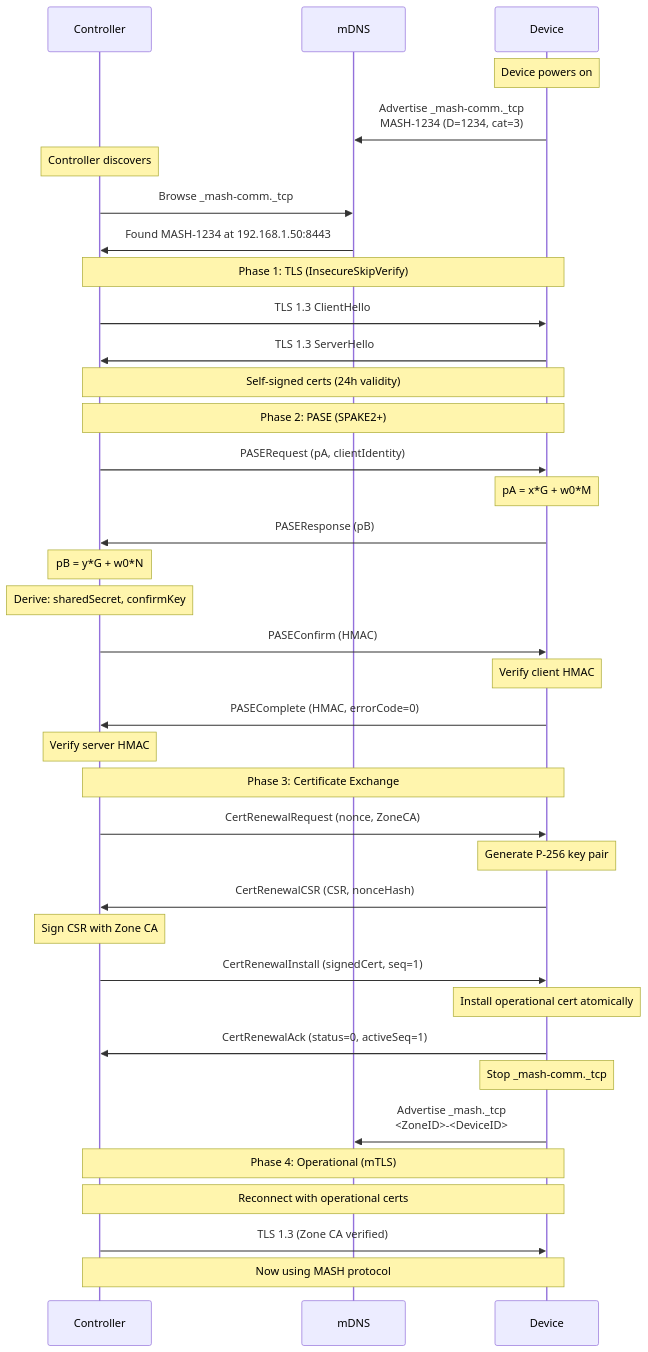
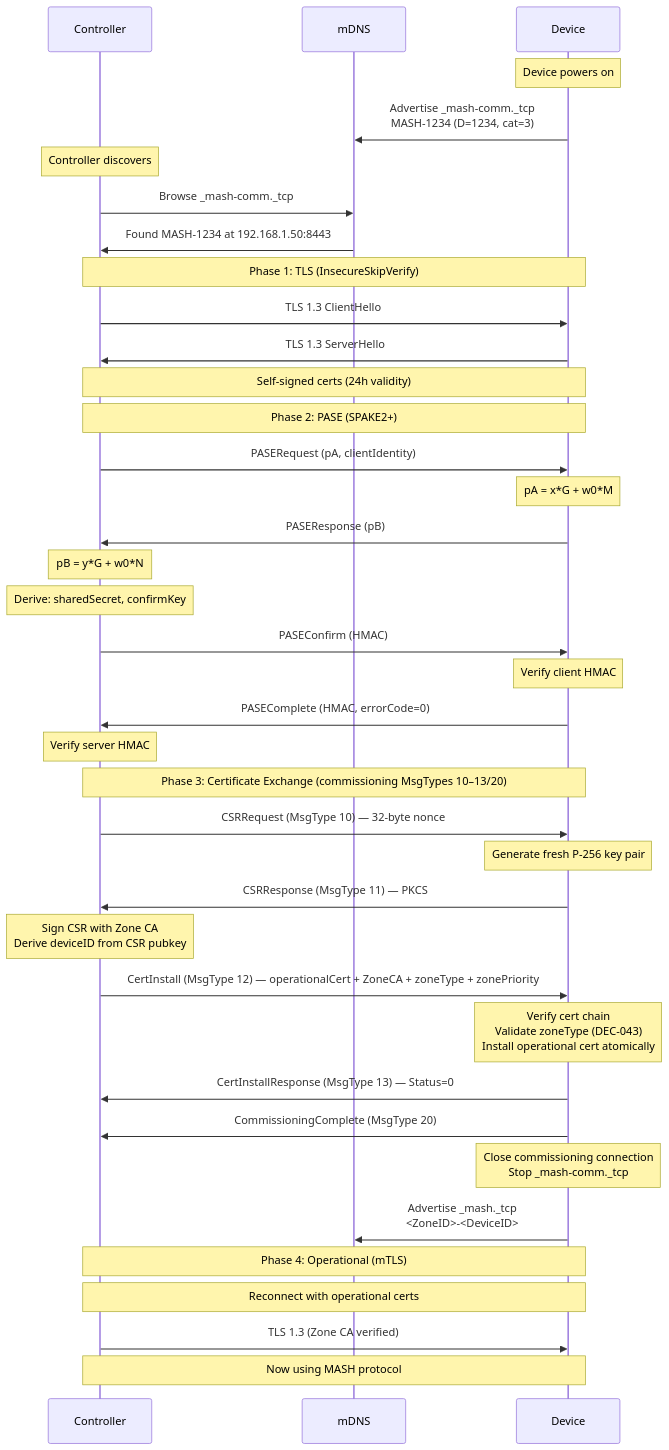
One commit to teamgreis/mash changed the tenth of 27 diagrams in docs/stack-architecture.md. Above: the diagram before and after it, drawn with Mermaid. The commit also changed 5 other files, not shown here.

First line of the commit message:
DEC-085: split commissioning cert install from renewal envelope

````diff
--- a/docs/stack-architecture.md
+++ b/docs/stack-architecture.md
@@ -672,46 +672,47 @@
 ```mermaid
 sequenceDiagram
     participant C as Controller
     participant DNS as mDNS
     participant D as Device
 
     Note over D: Device powers on
     D->>DNS: Advertise _mash-comm._tcp<br/>MASH-1234 (D=1234, cat=3)
 
     Note over C: Controller discovers
     C->>DNS: Browse _mash-comm._tcp
     DNS->>C: Found MASH-1234 at 192.168.1.50:8443
 
     Note over C,D: Phase 1: TLS (InsecureSkipVerify)
     C->>D: TLS 1.3 ClientHello
     D->>C: TLS 1.3 ServerHello
     Note over C,D: Self-signed certs (24h validity)
 
     Note over C,D: Phase 2: PASE (SPAKE2+)
     C->>D: PASERequest (pA, clientIdentity)
     Note over D: pA = x*G + w0*M
     D->>C: PASEResponse (pB)
     Note over C: pB = y*G + w0*N
     Note over C: Derive: sharedSecret, confirmKey
     C->>D: PASEConfirm (HMAC)
     Note over D: Verify client HMAC
     D->>C: PASEComplete (HMAC, errorCode=0)
     Note over C: Verify server HMAC
 
-    Note over C,D: Phase 3: Certificate Exchange
-    C->>D: CertRenewalRequest (nonce, ZoneCA)
-    Note over D: Generate P-256 key pair
-    D->>C: CertRenewalCSR (CSR, nonceHash)
-    Note over C: Sign CSR with Zone CA
-    C->>D: CertRenewalInstall (signedCert, seq=1)
-    Note over D: Install operational cert atomically
-    D->>C: CertRenewalAck (status=0, activeSeq=1)
+    Note over C,D: Phase 3: Certificate Exchange (commissioning MsgTypes 10–13/20)
+    C->>D: CSRRequest (MsgType 10) — 32-byte nonce
+    Note over D: Generate fresh P-256 key pair
+    D->>C: CSRResponse (MsgType 11) — PKCS#10 CSR
+    Note over C: Sign CSR with Zone CA<br/>Derive deviceID from CSR pubkey
+    C->>D: CertInstall (MsgType 12) — operationalCert + ZoneCA + zoneType + zonePriority
+    Note over D: Verify cert chain<br/>Validate zoneType (DEC-043)<br/>Install operational cert atomically
+    D->>C: CertInstallResponse (MsgType 13) — Status=0
+    D->>C: CommissioningComplete (MsgType 20)
 
-    Note over D: Stop _mash-comm._tcp
+    Note over D: Close commissioning connection<br/>Stop _mash-comm._tcp
     D->>DNS: Advertise _mash._tcp<br/><ZoneID>-<DeviceID>
 
     Note over C,D: Phase 4: Operational (mTLS)
     Note over C,D: Reconnect with operational certs
     C->>D: TLS 1.3 (Zone CA verified)
     Note over C,D: Now using MASH protocol
 ```
````
